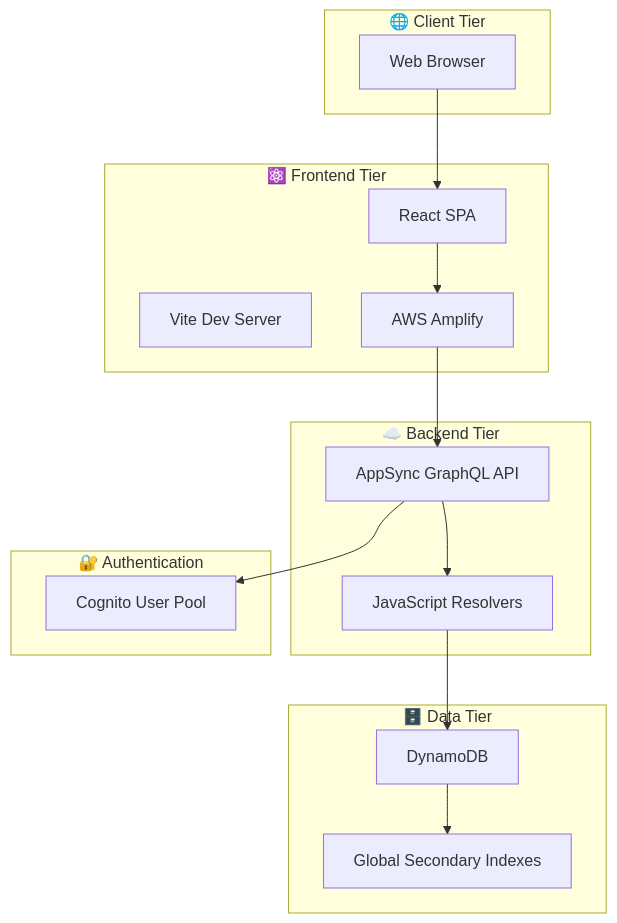
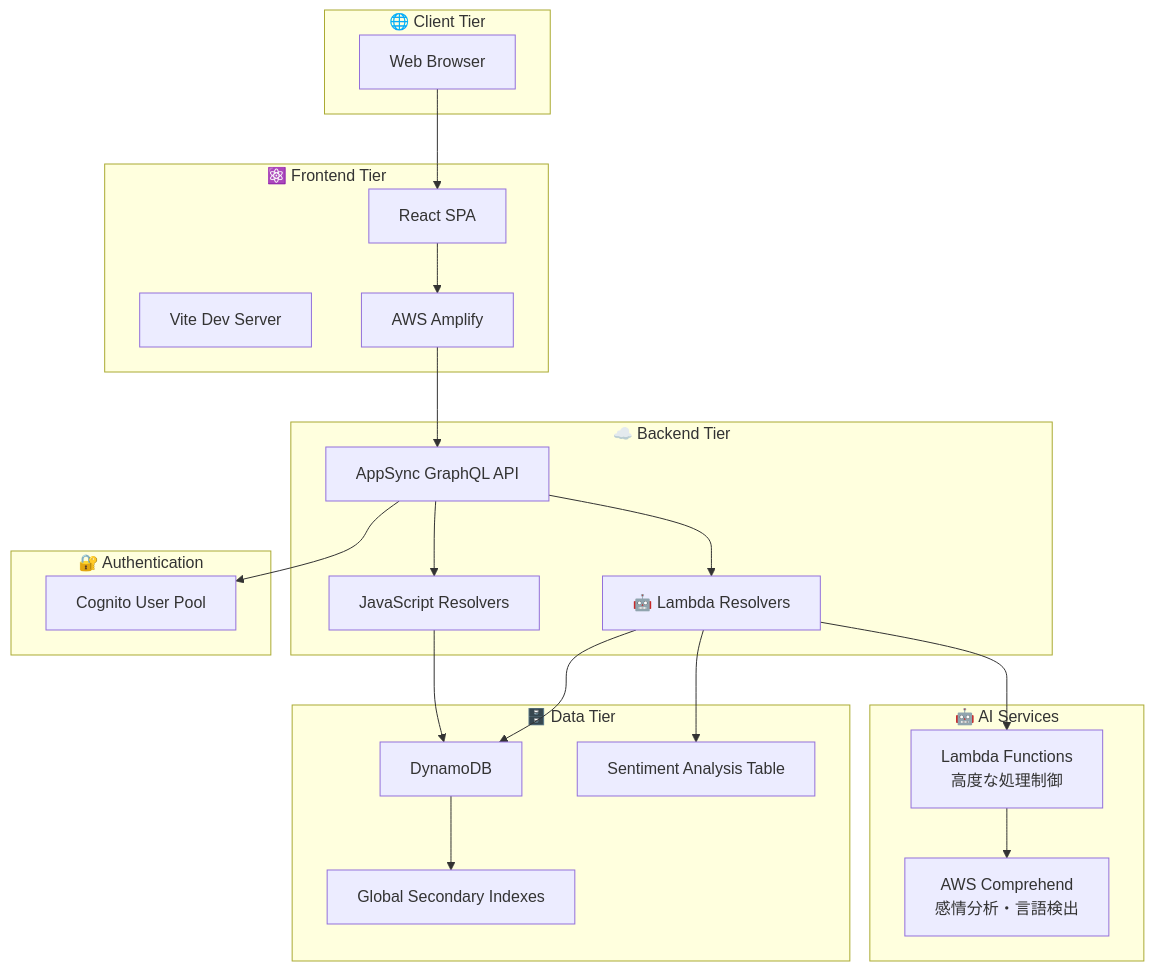
The first of 3 diagrams in README.md (keitti73/chat_app_by_ai), drawn with Mermaid before and after one commit. The commit also changed other lines of this file and 14 other files, not shown here.

First line of the commit message:
feat(lambda): Implement advanced sentiment analysis resolver with AWS Comprehend integration

````diff
--- a/README.md
+++ b/README.md
@@ -127,34 +164,46 @@
 ```mermaid
 flowchart TB
     subgraph Client["🌐 Client Tier"]
         Browser["Web Browser"]
     end
     
     subgraph Frontend["⚛️ Frontend Tier"]
         React["React SPA"]
         Vite["Vite Dev Server"]
         Amplify["AWS Amplify"]
     end
     
     subgraph Backend["☁️ Backend Tier"]
         AppSync["AppSync GraphQL API"]
-        Resolvers["JavaScript Resolvers"]
+        JSResolvers["JavaScript Resolvers"]
+        LambdaResolvers["🤖 Lambda Resolvers"]
+    end
+    
+    subgraph AIServices["🤖 AI Services"]
+        Comprehend["AWS Comprehend<br/>感情分析・言語検出"]
+        Lambda["Lambda Functions<br/>高度な処理制御"]
     end
     
     subgraph Auth["🔐 Authentication"]
         Cognito["Cognito User Pool"]
     end
     
     subgraph Data["🗄️ Data Tier"]
         DynamoDB["DynamoDB"]
         GSI["Global Secondary Indexes"]
+        SentimentTable["Sentiment Analysis Table"]
     end
     
     Browser --> React
     React --> Amplify
     Amplify --> AppSync
     AppSync --> Cognito
-    AppSync --> Resolvers
-    Resolvers --> DynamoDB
+    AppSync --> JSResolvers
+    AppSync --> LambdaResolvers
+    LambdaResolvers --> Lambda
+    Lambda --> Comprehend
+    JSResolvers --> DynamoDB
+    LambdaResolvers --> DynamoDB
+    LambdaResolvers --> SentimentTable
     DynamoDB --> GSI
 ```
````
